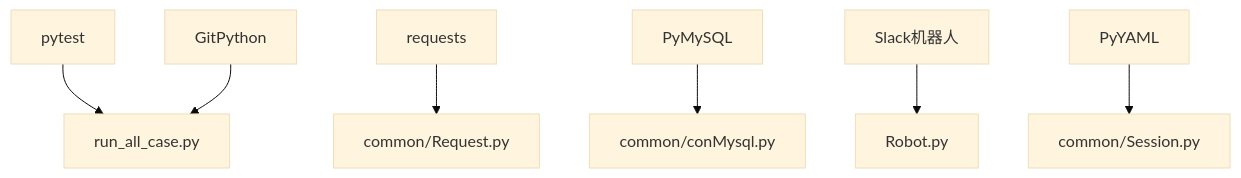
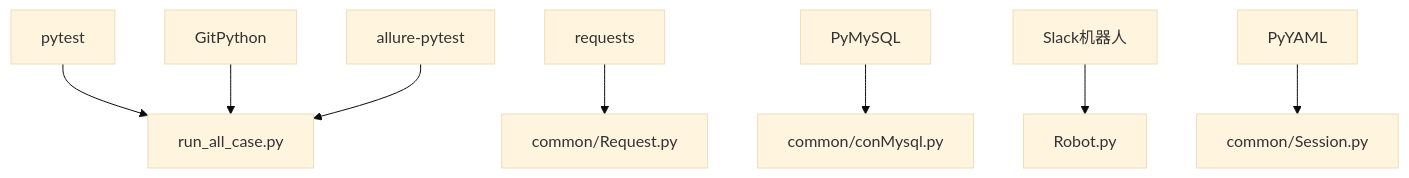
Before and after one commit to liximing1-ola/qa-payTest: the seventh of 7 diagrams in .qoder/repowiki/zh/content/项目概述.md, drawn with Mermaid (base theme). The commit also changed other lines of this file and 13 other files, not shown here.

````diff
--- a/.qoder/repowiki/zh/content/项目概述.md
+++ b/.qoder/repowiki/zh/content/项目概述.md
@@ -306,9 +324,10 @@
 ```mermaid
 graph TB
 PY["pytest"] --> RUN["run_all_case.py"]
 REQ["requests"] --> REQMOD["common/Request.py"]
 MYSQL["PyMySQL"] --> DBMOD["common/conMysql.py"]
 GIT["GitPython"] --> RUN
 SLACK["Slack机器人"] --> ROBOT["Robot.py"]
 YAML["PyYAML"] --> SESS["common/Session.py"]
+ALLURE["allure-pytest"] --> RUN
 ```
````
